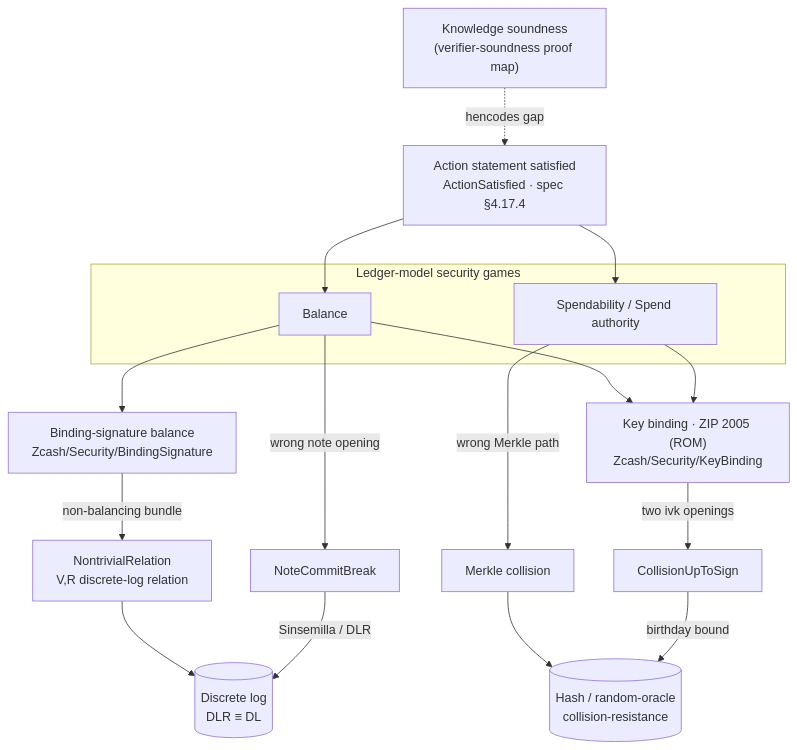
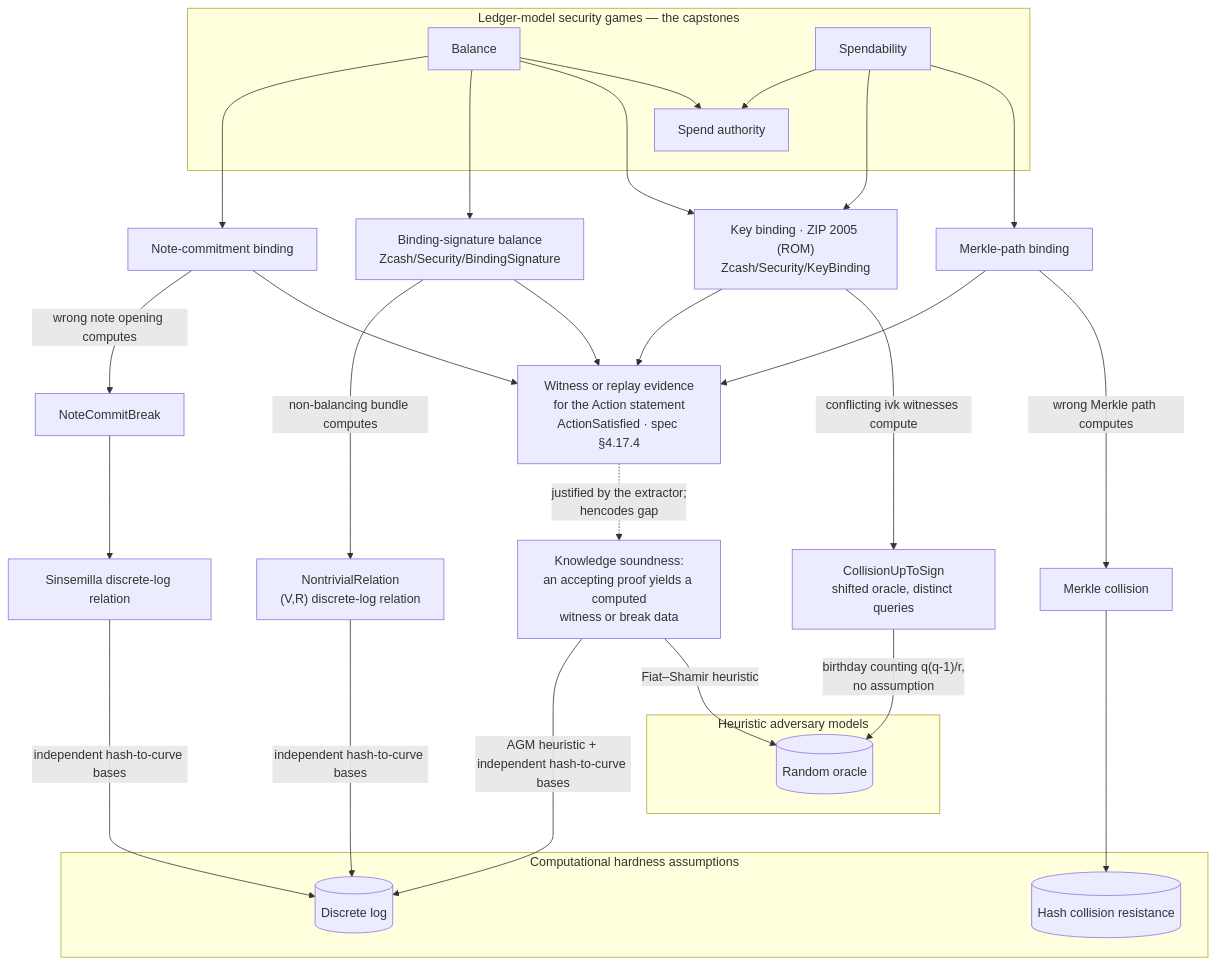
Before and after one commit to daira/ironwood: the diagram in book/src/formal-verification/security-definitions.md, drawn with Mermaid. The commit also changed other lines of this file, not shown here.

Commit message:
book: restructure the security-definitions connected picture
Games on top as the capstones resting on their component arguments;
witness-or-replay accountability for the Action statement, justified by
the extractor across the hencodes gap; computed relation objects anchored
in a hardness layer separating computational assumptions from adversary
models, with edge labels naming the model or side condition each
reduction uses (AGM, hash-to-curve base independence, birthday counting).

````diff
--- a/book/src/formal-verification/security-definitions.md
+++ b/book/src/formal-verification/security-definitions.md
@@ -30,30 +30,46 @@
 ```mermaid
 flowchart TD
-  KS["Knowledge soundness<br/>(verifier-soundness proof map)"]
-  KS -. hencodes gap .-> STMT["Action statement satisfied<br/>ActionSatisfied · spec §4.17.4"]
-
-  subgraph GAMES["Ledger-model security games"]
+  subgraph GAMES["Ledger-model security games — the capstones"]
     BAL["Balance"]
-    SPEND["Spendability / Spend authority"]
+    SPEND["Spendability"]
+    SPENDAUTH["Spend authority"]
   end
 
-  STMT --> BAL
-  STMT --> SPEND
+  SPEND --> SPENDAUTH
 
-  BS["Binding-signature balance<br/>Zcash/Security/BindingSignature"]
-  KB["Key binding · ZIP 2005 (ROM)<br/>Zcash/Security/KeyBinding"]
+  BAL ---> NCB["Note-commitment binding"]
+  BAL ---> BS["Binding-signature balance<br/>Zcash/Security/BindingSignature"]
+  BAL ---> KB["Key binding · ZIP 2005 (ROM)<br/>Zcash/Security/KeyBinding"]
+  SPEND ---> KB
+  SPEND ---> MERK["Merkle-path binding"]
 
-  BAL --> BS
-  BAL --> KB
-  SPEND --> KB
+  BAL --> SPENDAUTH
 
-  BS -->|non-balancing bundle| NR["NontrivialRelation<br/>V,R discrete-log relation"]
-  BAL -->|wrong note opening| NCB["NoteCommitBreak"]
-  SPEND -->|wrong Merkle path| MC["Merkle collision"]
-  KB -->|two ivk openings| CUS["CollisionUpToSign"]
+  subgraph ASSUMPTIONS["Computational hardness assumptions"]
+    DL[("Discrete log")]
+    CR[("Hash collision resistance")]
+  end
 
-  NR --> DL[("Discrete log<br/>DLR ≡ DL")]
-  NCB -->|Sinsemilla / DLR| DL
-  MC --> RO[("Hash / random-oracle<br/>collision-resistance")]
-  CUS -->|birthday bound| RO
+  subgraph MODELS["Heuristic adversary models"]
+    ROM[("Random oracle")]
+  end
+
+  BS --->|non-balancing bundle computes| NDLR["NontrivialRelation<br/>(V,R) discrete-log relation"]
+  BS --> STMT["Witness or replay evidence<br/>for the Action statement<br/>ActionSatisfied · spec §4.17.4"]
+  KB --> STMT
+  KB --->|conflicting ivk witnesses compute| CUS["CollisionUpToSign<br/>shifted oracle, distinct queries"]
+  NCB -->|wrong note opening computes| NCBK["NoteCommitBreak"]
+  NCB --> STMT
+  MERK --> STMT
+  MERK --->|wrong Merkle path computes| MC["Merkle collision"]
+
+  STMT -. "justified by the extractor;<br/>hencodes gap" .-> KS["Knowledge soundness:<br/>an accepting proof yields a computed<br/>witness or break data"]
+  NCBK --> SDLR["Sinsemilla discrete-log relation"]
+
+  KS --->|AGM heuristic + independent hash-to-curve bases| DL
+  KS -->|"Fiat–Shamir heuristic"| ROM
+  CUS -->|"birthday counting q(q-1)/r,<br/>no assumption"| ROM
+  NDLR --->|"independent hash-to-curve bases"| DL
+  SDLR --->|"independent hash-to-curve bases"| DL
+  MC ---> CR
 ```
````
